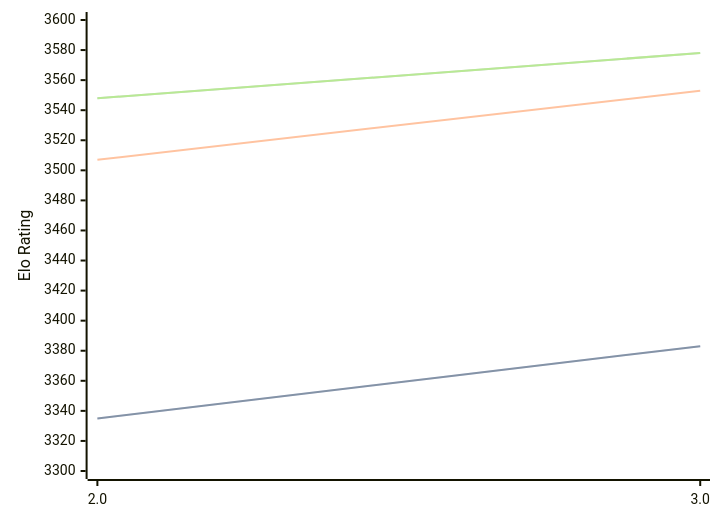
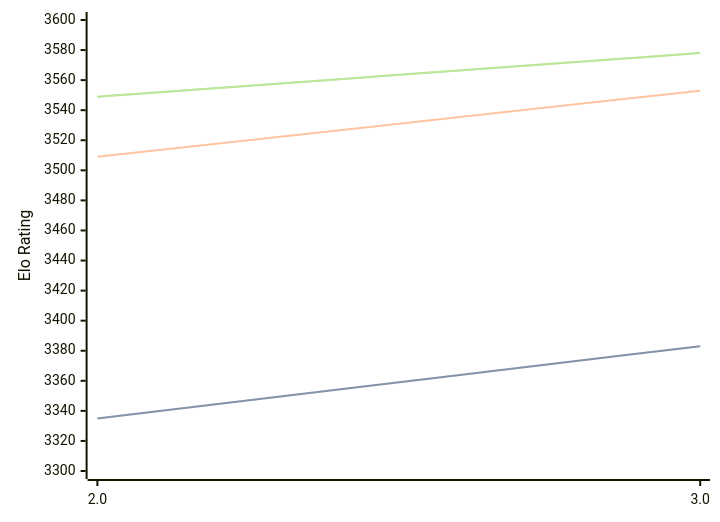
One commit to computer-chess-index/cci changed the diagram in engines/Quanticade.md. Above: the diagram before and after it, drawn with Mermaid. The commit also changed other lines of this file, not shown here.

Commit message:
Update CCI Ratings (ELO VLTC) - 2026-04-19

````diff
--- a/engines/Quanticade.md
+++ b/engines/Quanticade.md
@@ -41,11 +41,11 @@
 ```mermaid
 %%{init: {"theme":"base","themeVariables":{"seriesColors:['#a3a3a3','#222221','#faa371']}}}%%
 xychart-beta
   x-axis ["2.0", "3.0"]
   y-axis "Elo Rating" 3300 --> 3600
   line "STC (8.0+0.08s)" [3335, 3383]
   line "STC (8.0+0.08s)" [3335, 3383]
-  line "LTC (60.0+0.60s)" [3507, 3553]
-  line "VLTC (2m24s+1.12s)" [3548, 3578]
-  line "VLTC (2m24s+1.12s)" [3548, 3578]
+  line "LTC (60.0+0.60s)" [3509, 3553]
+  line "VLTC (2m24s+1.12s)" [3549, 3578]
+  line "VLTC (2m24s+1.12s)" [3549, 3578]
 ```
````
